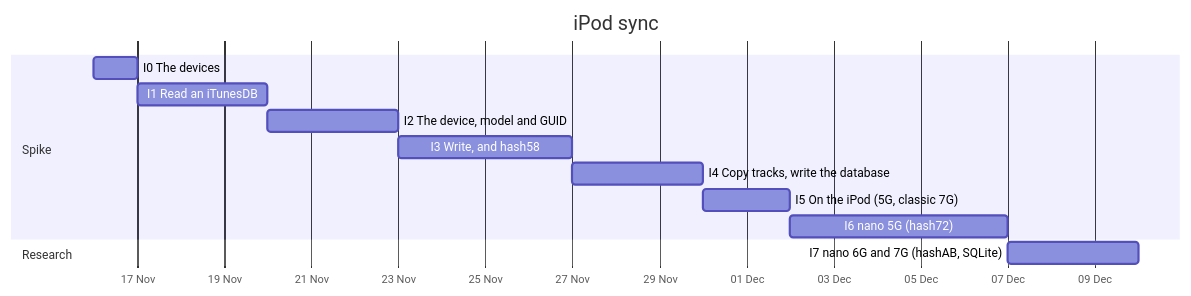
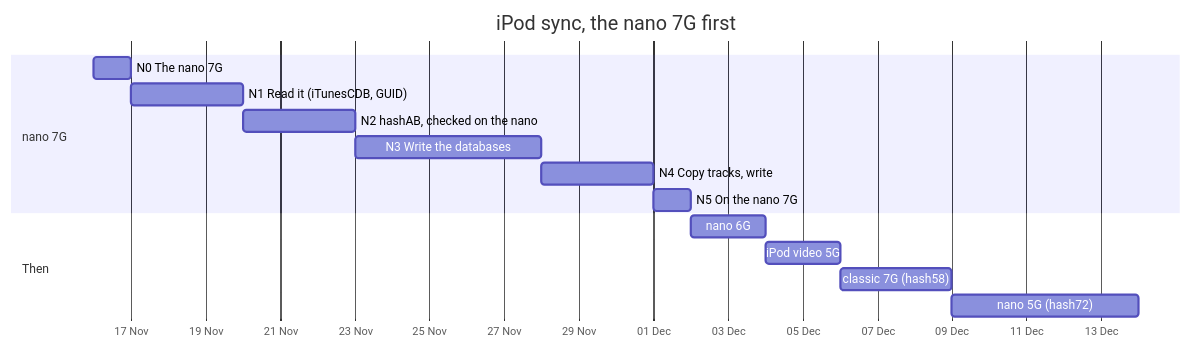
Before and after one commit to jgermade/jackbird: the diagram in ROADMAP/2026-11-14/ipod-sync.md, drawn with Mermaid. The commit also changed other lines of this file and 1 other file, not shown here.

First line of the commit message:
docs: start the iPod sync spike with the nano 7G, now that hashAB is public

````diff
--- a/ROADMAP/2026-11-14/ipod-sync.md
+++ b/ROADMAP/2026-11-14/ipod-sync.md
@@ -12,16 +13,18 @@
 ```mermaid
 gantt
-  title iPod sync
+  title iPod sync, the nano 7G first
   dateFormat YYYY-MM-DD
   axisFormat %d %b
-  section Spike
-    I0 The devices                    :i0, 2026-11-16, 1d
-    I1 Read an iTunesDB               :i1, after i0, 3d
-    I2 The device, model and GUID     :i2, after i1, 3d
-    I3 Write, and hash58              :i3, after i2, 4d
-    I4 Copy tracks, write the database :i4, after i3, 3d
-    I5 On the iPod (5G, classic 7G)   :i5, after i4, 2d
-    I6 nano 5G (hash72)               :i6, after i5, 5d
-  section Research
-    I7 nano 6G and 7G (hashAB, SQLite) :i7, after i6, 3d
+  section nano 7G
+    N0 The nano 7G                     :n0, 2026-11-16, 1d
+    N1 Read it (iTunesCDB, GUID)       :n1, after n0, 3d
+    N2 hashAB, checked on the nano     :n2, after n1, 3d
+    N3 Write the databases             :n3, after n2, 5d
+    N4 Copy tracks, write              :n4, after n3, 3d
+    N5 On the nano 7G                  :n5, after n4, 1d
+  section Then
+    nano 6G                            :b1, after n5, 2d
+    iPod video 5G                      :b2, after b1, 2d
+    classic 7G (hash58)                :b3, after b2, 3d
+    nano 5G (hash72)                   :b4, after b3, 5d
 ```
````
